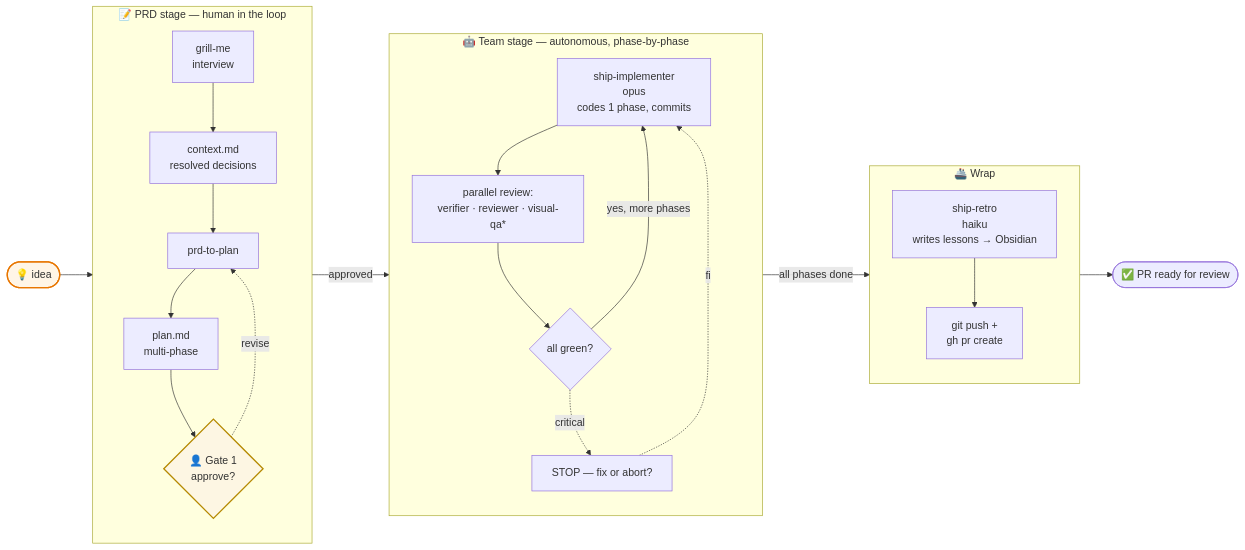
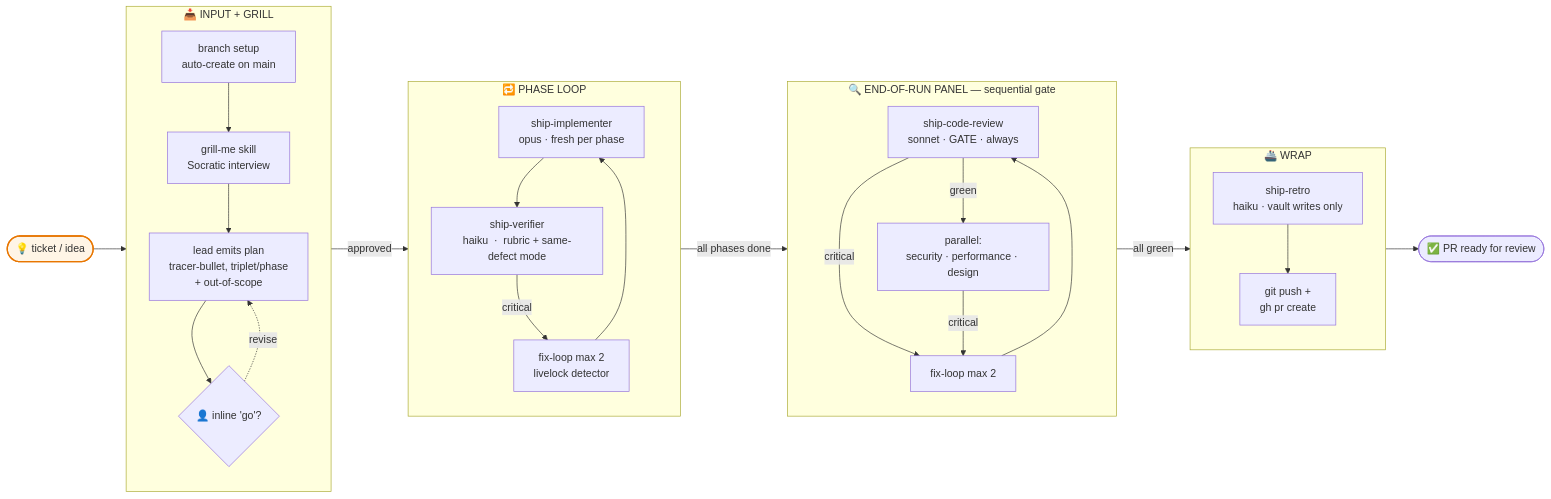
Before and after one commit to aliaksei-loi/ship: the diagram in README.md, drawn with Mermaid. The commit also changed other lines of this file and 13 other files, not shown here.

````diff
--- a/README.md
+++ b/README.md
@@ -7,42 +7,47 @@
 ```mermaid
 flowchart LR
-    Idea([💡 idea]):::input
+    Idea([💡 ticket / idea]):::input
 
-    subgraph PRD["📝 PRD stage — human in the loop"]
+    subgraph Input["📥 INPUT + GRILL"]
         direction TB
-        Grill[grill-me<br/>interview]
-        Ctx[context.md<br/>resolved decisions]
-        P2P[prd-to-plan]
-        Plan[plan.md<br/>multi-phase]
-        Gate{👤 Gate 1<br/>approve?}
-        Grill --> Ctx --> P2P --> Plan --> Gate
+        Brn[branch setup<br/>auto-create on main]
+        Grill[grill-me skill<br/>Socratic interview]
+        Plan[lead emits plan<br/>tracer-bullet, triplet/phase<br/>+ out-of-scope]
+        Gate{👤 inline 'go'?}
+        Brn --> Grill --> Plan --> Gate
     end
 
-    subgraph Team["🤖 Team stage — autonomous, phase-by-phase"]
+    subgraph Loop["🔁 PHASE LOOP"]
         direction TB
-        Imp[ship-implementer<br/>opus<br/>codes 1 phase, commits]
-        Trio[parallel review:<br/>verifier · reviewer · visual-qa*]
-        Verdict{all green?}
-        Imp --> Trio --> Verdict
-        Verdict -->|yes, more phases| Imp
-        Verdict -.critical.-> Stop[STOP — fix or abort?]
-        Stop -.fix.-> Imp
+        Imp[ship-implementer<br/>opus  ·  fresh per phase]
+        Ver[ship-verifier<br/>haiku  ·  rubric + same-defect mode]
+        Imp --> Ver
+        Ver -->|critical| FixP[fix-loop max 2<br/>livelock detector]
+        FixP --> Imp
     end
 
-    subgraph Wrap["🚢 Wrap"]
+    subgraph Panel["🔍 END-OF-RUN PANEL — sequential gate"]
         direction TB
-        Retro[ship-retro<br/>haiku<br/>writes lessons → Obsidian]
-        PR[git push +<br/>gh pr create]
+        CR[ship-code-review<br/>sonnet  ·  GATE  ·  always]
+        CR -->|green| Trio[parallel:<br/>security · performance · design]
+        CR -->|critical| FixC[fix-loop max 2]
+        FixC --> CR
+        Trio -->|critical| FixC
     end
 
-    Idea --> Grill
-    Gate -.revise.-> P2P
+    subgraph Wrap["🚢 WRAP"]
+        direction TB
+        Retro[ship-retro<br/>haiku  ·  vault writes only]
+        PR[git push +<br/>gh pr create]
+        Retro --> PR
+    end
+
+    Idea --> Brn
+    Gate -.revise.-> Plan
     Gate -->|approved| Imp
-    Verdict -->|all phases done| Retro
-    Retro --> PR
+    Ver -->|all phases done| CR
+    Trio -->|all green| Retro
     PR --> Out([✅ PR ready for review])
 
     classDef input fill:#fff5e6,stroke:#e87600,stroke-width:2px
-    classDef gate fill:#fdf6e3,stroke:#b58900,stroke-width:2px
-    class Gate gate
 ```
````
